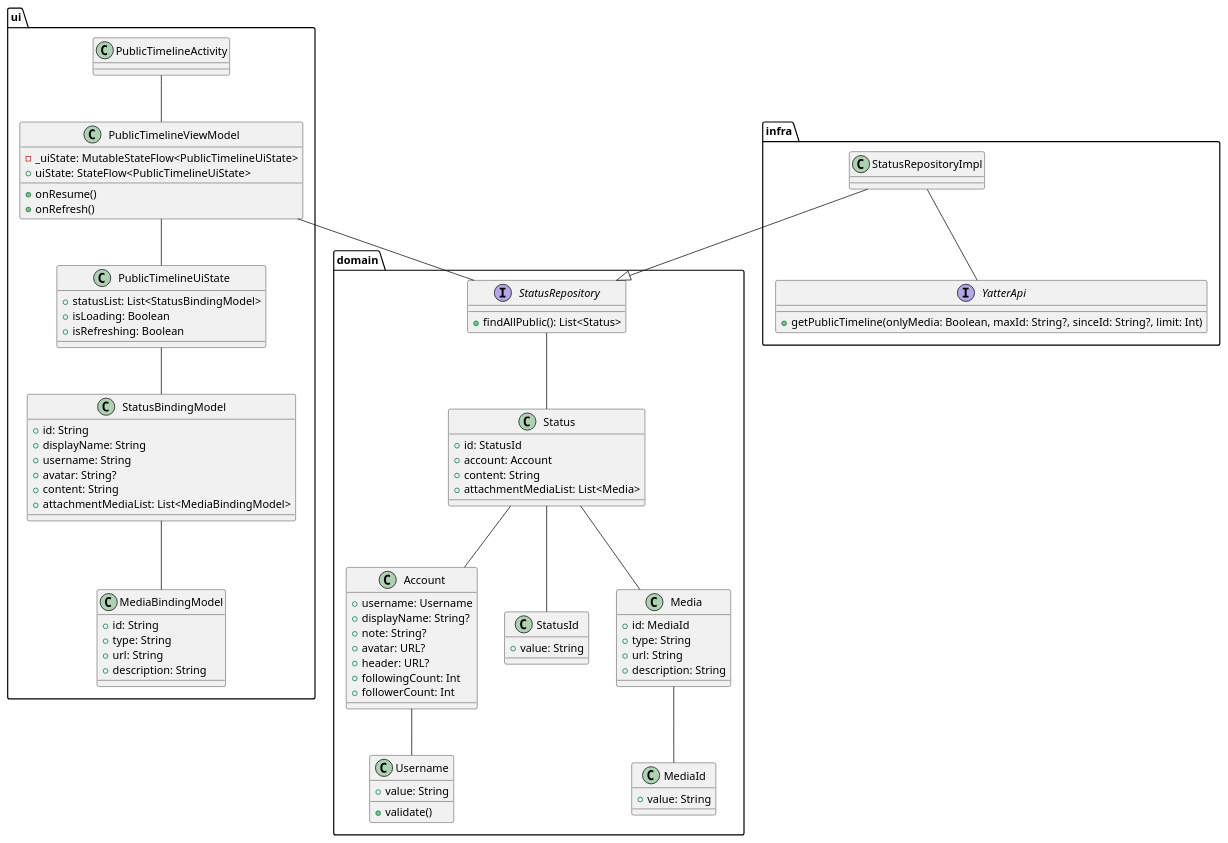
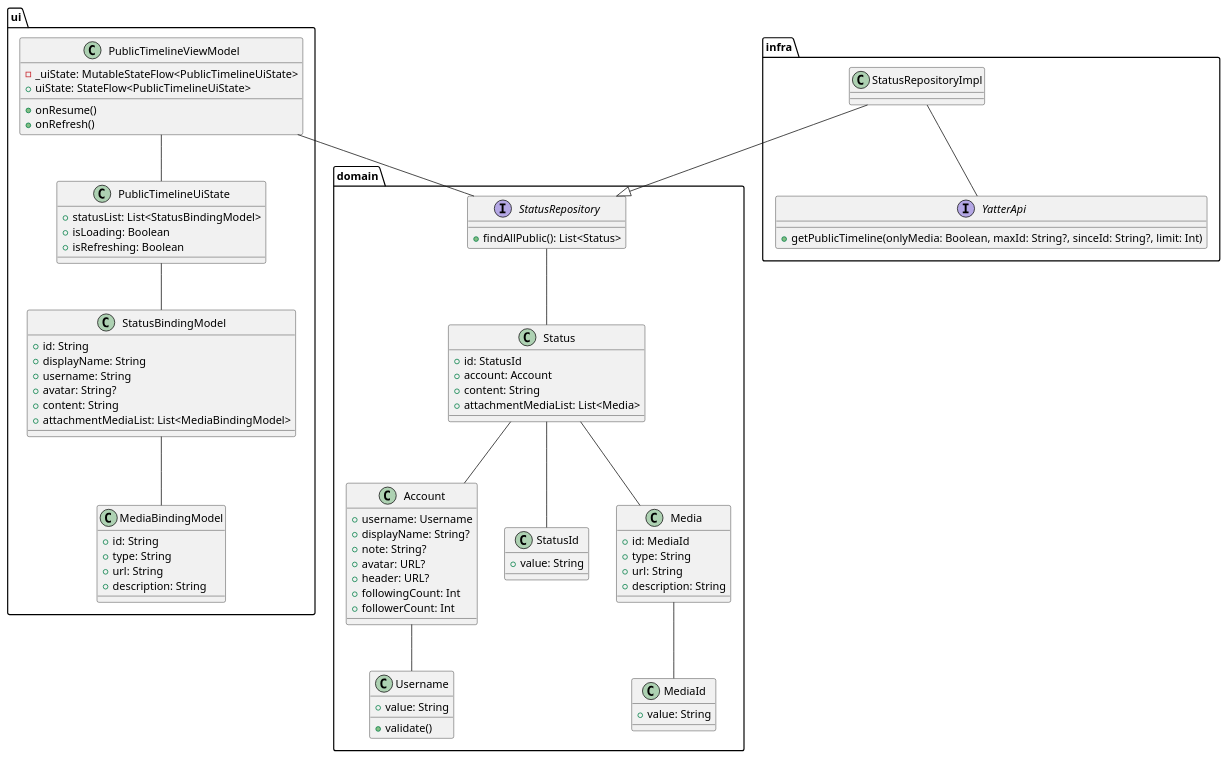
The diagram in design/public_timeline.puml (suzukibelltree/Yatter2025-Internship), drawn with PlantUML before and after one commit. The commit also changed 4 other files, not shown here.

```diff
--- a/design/public_timeline.puml
+++ b/design/public_timeline.puml
@@ -1,108 +1,105 @@
 @startuml
 
 package ui {
-class PublicTimelineActivity {}
 class PublicTimelineViewModel {
   - _uiState: MutableStateFlow<PublicTimelineUiState>
   + uiState: StateFlow<PublicTimelineUiState>
   + onResume()
   + onRefresh()
 }
 
 class PublicTimelineUiState {
   + statusList: List<StatusBindingModel>
   + isLoading: Boolean
   + isRefreshing: Boolean
 }
 
 class StatusBindingModel {
   + id: String
   + displayName: String
   + username: String
   + avatar: String?
   + content: String
   + attachmentMediaList: List<MediaBindingModel>
 }
 
 class MediaBindingModel {
   + id: String
   + type: String
   + url: String
   + description: String
 
 }
 
 }
 
 package domain {
 
 class Account {
   + username: Username
   + displayName: String?
   + note: String?
   + avatar: URL?
   + header: URL?
   + followingCount: Int
   + followerCount: Int
 }
 
 class Status {
   + id: StatusId
   + account: Account
   + content: String
   + attachmentMediaList: List<Media>
 }
 
 class StatusId {
   + value: String
 }
 
 class Media {
   + id: MediaId
   + type: String
   + url: String
   + description: String
 }
 
 class MediaId {
   + value: String
 }
 
 class Username {
   + value: String
   + validate()
 }
 
 interface StatusRepository {
   + findAllPublic(): List<Status>
 }
 
 }
 
 package infra {
 class StatusRepositoryImpl {
 }
 
 interface YatterApi {
   + getPublicTimeline(onlyMedia: Boolean, maxId: String?, sinceId: String?, limit: Int)
 }
 }
 
 StatusRepositoryImpl -- YatterApi
 StatusRepositoryImpl --|> StatusRepository
 
-PublicTimelineActivity -- PublicTimelineViewModel
-
 PublicTimelineViewModel -- StatusRepository
 PublicTimelineViewModel -- PublicTimelineUiState
 PublicTimelineUiState -- StatusBindingModel
 StatusBindingModel -- MediaBindingModel
 
 StatusRepository -- Status
 Status -- StatusId
 Status -- Account
 Status -- Media
 Media -- MediaId
 Account -- Username
 
 @enduml
```
